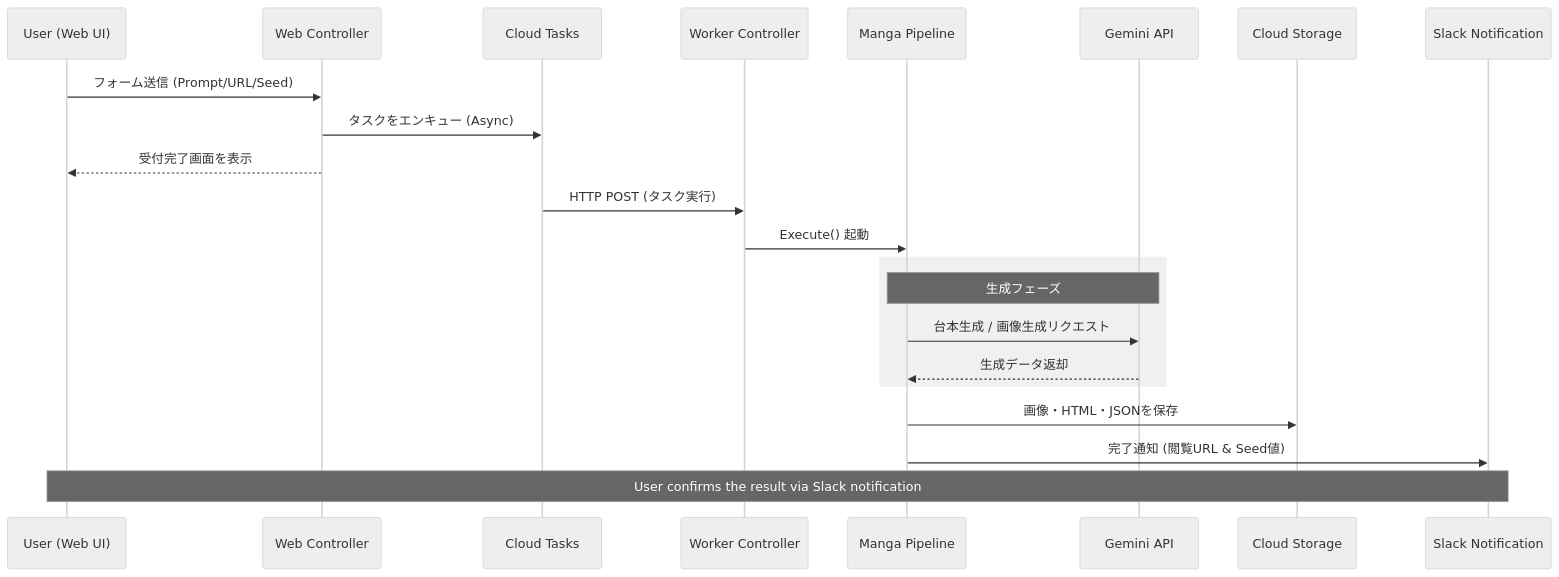
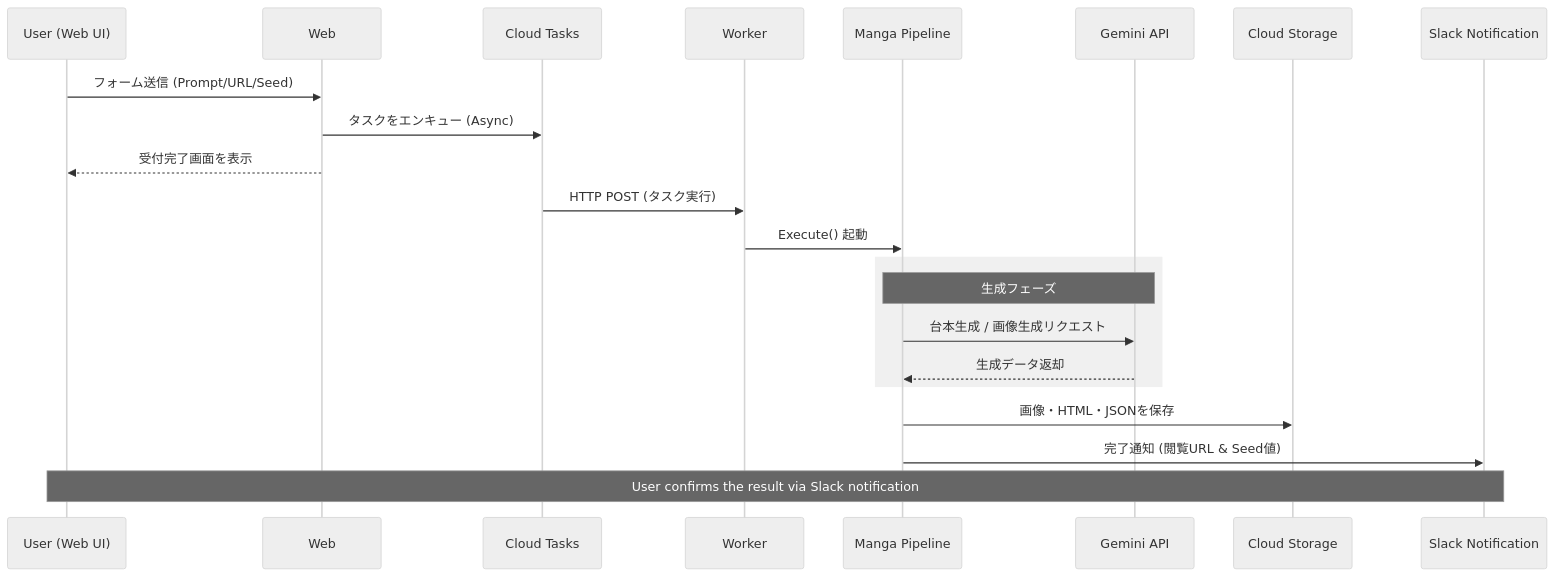
One commit to shouni/ap-manga-web changed the diagram in README.md. Above: the diagram before and after it, drawn with Mermaid (neutral theme). The commit also changed other lines of this file and 7 other files, not shown here.

````diff
--- a/README.md
+++ b/README.md
@@ -158,29 +157,29 @@
 ```mermaid
 sequenceDiagram
     participant User as User (Web UI)
-    participant Web as Web Controller
+    participant Web as Web
     participant Queue as Cloud Tasks
-    participant Worker as Worker Controller
+    participant Worker as Worker
     participant Pipeline as Manga Pipeline
     participant Gemini as Gemini API
     participant GCS as Cloud Storage
     participant Slack as Slack Notification
 
     User->>Web: フォーム送信 (Prompt/URL/Seed)
     Web->>Queue: タスクをエンキュー (Async)
     Web-->>User: 受付完了画面を表示
     
     Queue->>Worker: HTTP POST (タスク実行)
     Worker->>Pipeline: Execute() 起動
     
     rect rgb(240, 240, 240)
         Note over Pipeline, Gemini: 生成フェーズ
         Pipeline->>Gemini: 台本生成 / 画像生成リクエスト
         Gemini-->>Pipeline: 生成データ返却
     end
     
     Pipeline->>GCS: 画像・HTML・JSONを保存
     Pipeline->>Slack: 完了通知 (閲覧URL & Seed値)
     
     Note over User, Slack: User confirms the result via Slack notification
 ```
````
